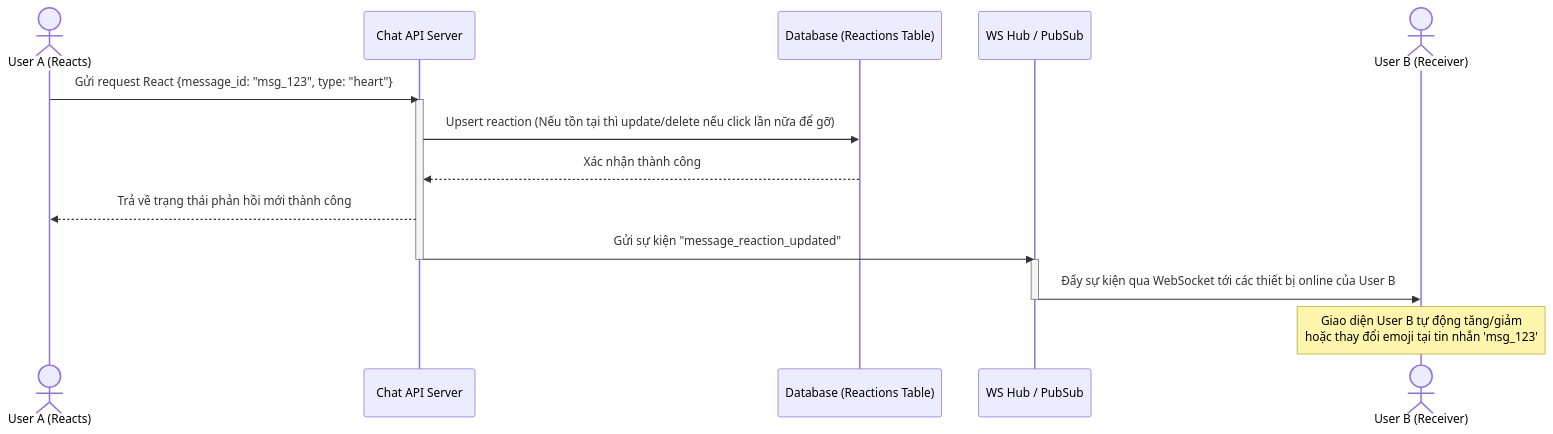
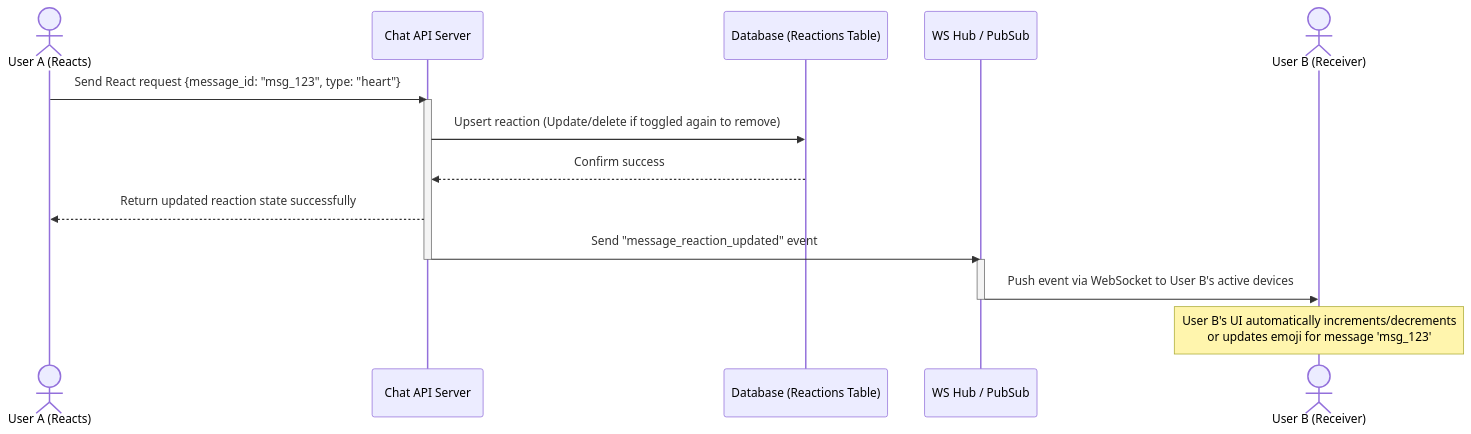
Before and after one commit to HarryDo29/go-app: the fifth of 6 diagrams in scripts/chat_app_system_design.md, drawn with Mermaid. The commit also changed other lines of this file and 3 other files, not shown here.

````diff
--- a/scripts/chat_app_system_design.md
+++ b/scripts/chat_app_system_design.md
@@ -204,21 +204,21 @@
 ```mermaid
 sequenceDiagram
     actor UserA as User A (Reacts)
     participant Server as Chat API Server
     participant DB as Database (Reactions Table)
     participant WS as WS Hub / PubSub
     actor UserB as User B (Receiver)
 
-    UserA->>Server: Gửi request React {message_id: "msg_123", type: "heart"}
+    UserA->>Server: Send React request {message_id: "msg_123", type: "heart"}
     activate Server
-    Server->>DB: Upsert reaction (Nếu tồn tại thì update/delete nếu click lần nữa để gỡ)
-    DB-->>Server: Xác nhận thành công
-    Server-->>UserA: Trả về trạng thái phản hồi mới thành công
+    Server->>DB: Upsert reaction (Update/delete if toggled again to remove)
+    DB-->>Server: Confirm success
+    Server-->>UserA: Return updated reaction state successfully
 
-    Server->>WS: Gửi sự kiện "message_reaction_updated"
+    Server->>WS: Send "message_reaction_updated" event
     deactivate Server
     activate WS
-    WS->>UserB: Đẩy sự kiện qua WebSocket tới các thiết bị online của User B
+    WS->>UserB: Push event via WebSocket to User B's active devices
     deactivate WS
-    Note over UserB: Giao diện User B tự động tăng/giảm<br/>hoặc thay đổi emoji tại tin nhắn 'msg_123'
+    Note over UserB: User B's UI automatically increments/decrements<br/>or updates emoji for message 'msg_123'
 ```
````
